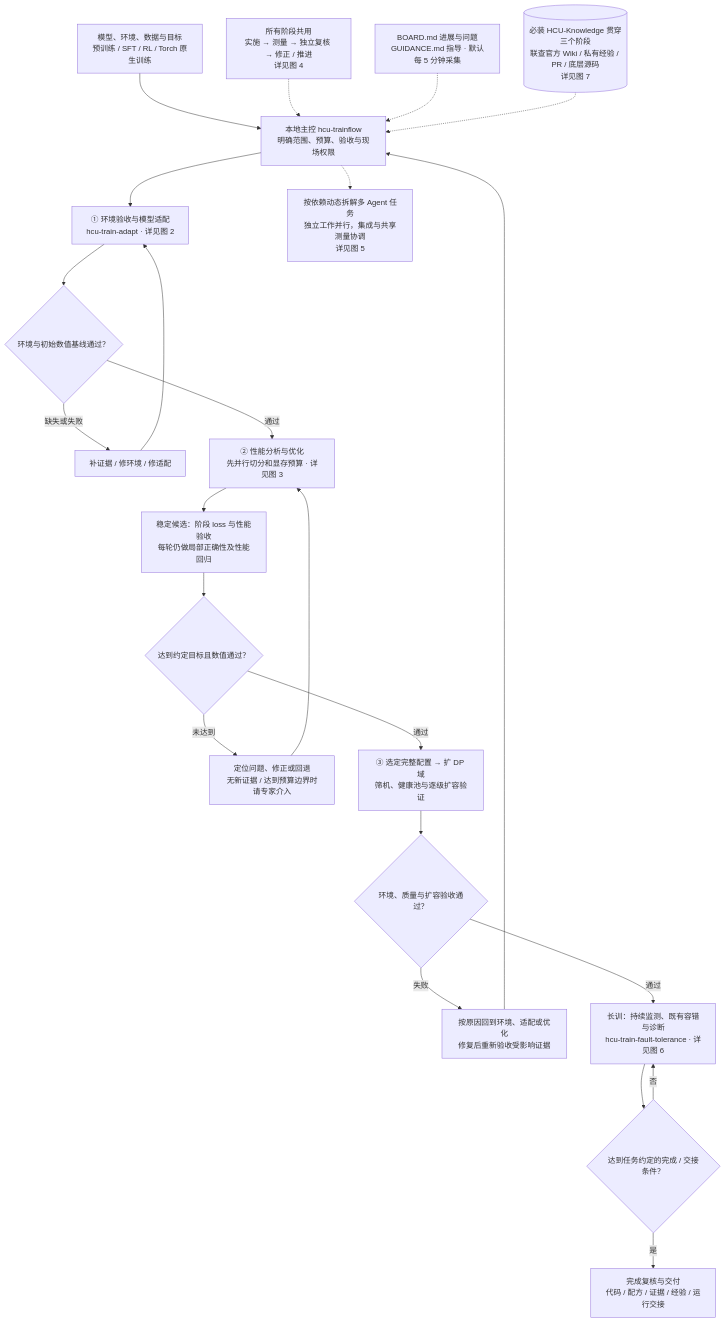
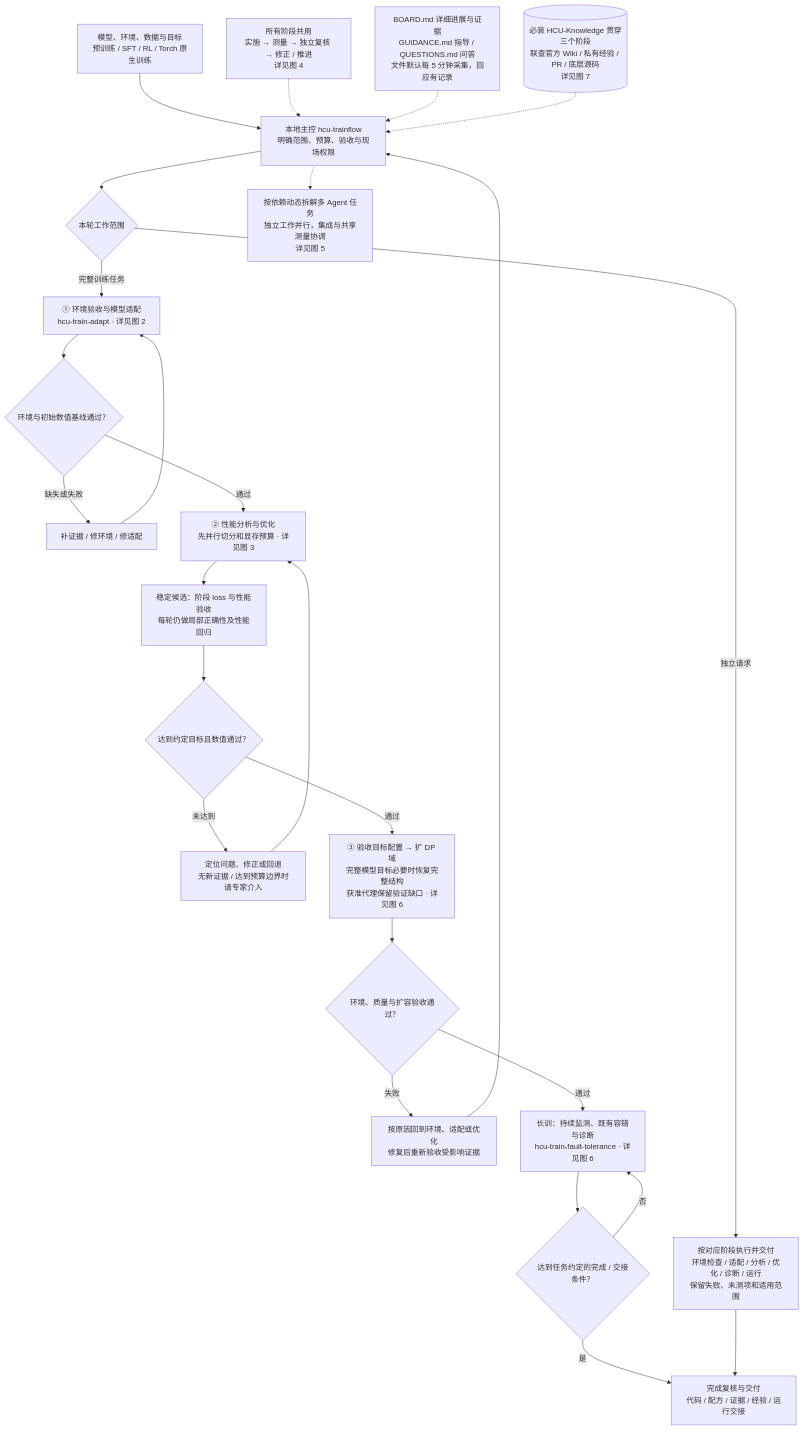
One commit to yuguo-Jack/HCU-TrainFlow changed the first of 12 diagrams in docs/workflow-map.md. Above: the diagram before and after it, drawn with Mermaid. The commit also changed other lines of this file and 11 other files, not shown here.

````diff
--- a/docs/workflow-map.md
+++ b/docs/workflow-map.md
@@ -11,25 +11,28 @@
 ```mermaid
 flowchart TD
     U["模型、环境、数据与目标<br/>预训练 / SFT / RL / Torch 原生训练"] --> C["本地主控 hcu-trainflow<br/>明确范围、预算、验收与现场权限"]
-    C --> A["① 环境验收与模型适配<br/>hcu-train-adapt · 详见图 2"]
+    C --> SCOPE{"本轮工作范围"}
+    SCOPE -->|完整训练任务| A["① 环境验收与模型适配<br/>hcu-train-adapt · 详见图 2"]
+    SCOPE -->|独立请求| PART["按对应阶段执行并交付<br/>环境检查 / 适配 / 分析 / 优化 / 诊断 / 运行<br/>保留失败、未测项和适用范围"]
     A --> AG{"环境与初始数值基线通过？"}
     AG -->|缺失或失败| AR["补证据 / 修环境 / 修适配"]
     AR --> A
     AG -->|通过| O["② 性能分析与优化<br/>先并行切分和显存预算 · 详见图 3"]
     O --> Q["稳定候选：阶段 loss 与性能验收<br/>每轮仍做局部正确性及性能回归"]
     Q --> QG{"达到约定目标且数值通过？"}
     QG -->|未达到| OR["定位问题、修正或回退<br/>无新证据 / 达到预算边界时请专家介入"]
     OR --> O
-    QG -->|通过| S["③ 选定完整配置 → 扩 DP 域<br/>筛机、健康池与逐级扩容验证"]
+    QG -->|通过| S["③ 验收目标配置 → 扩 DP 域<br/>完整模型目标必要时恢复完整结构<br/>获准代理保留验证缺口 · 详见图 6"]
     S --> SG{"环境、质量与扩容验收通过？"}
     SG -->|失败| SR["按原因回到环境、适配或优化<br/>修复后重新验收受影响证据"]
     SR --> C
     SG -->|通过| T["长训：持续监测、既有容错与诊断<br/>hcu-train-fault-tolerance · 详见图 6"]
     T --> TG{"达到任务约定的完成 / 交接条件？"}
     TG -->|否| T
     TG -->|是| Z["完成复核与交付<br/>代码 / 配方 / 证据 / 经验 / 运行交接"]
+    PART --> Z
     LOOP["所有阶段共用<br/>实施 → 测量 → 独立复核 → 修正 / 推进<br/>详见图 4"] -.-> C
-    H["BOARD.md 进展与问题<br/>GUIDANCE.md 指导 · 默认每 5 分钟采集"] -.-> C
+    H["BOARD.md 详细进展与证据<br/>GUIDANCE.md 指导 / QUESTIONS.md 问答<br/>文件默认每 5 分钟采集，回应有记录"] -.-> C
     K[("必装 HCU-Knowledge 贯穿三个阶段<br/>联查官方 Wiki / 私有经验 / PR / 底层源码<br/>详见图 7")] -.-> C
     C -.-> TEAM["按依赖动态拆解多 Agent 任务<br/>独立工作并行，集成与共享测量协调<br/>详见图 5"]
 ```
````
